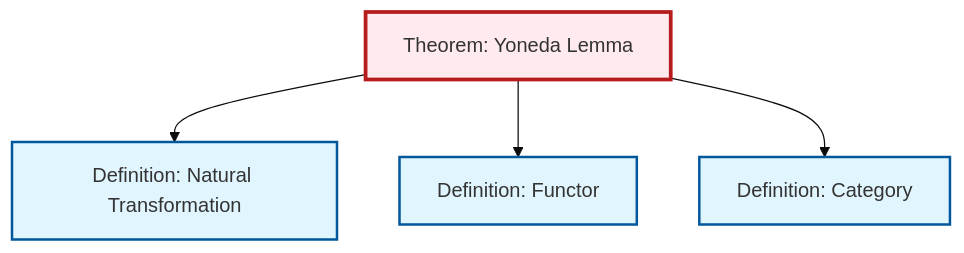
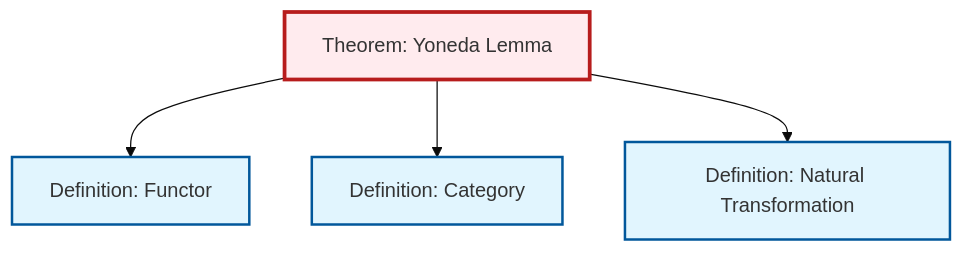
Before and after one commit to RK0429/ModernMath: the diagram in content/en/category-theory/thm-yoneda.qmd, drawn with Mermaid (base theme). The commit also changed other lines of this file and 530 other files, not shown here.

````diff
--- a/content/en/category-theory/thm-yoneda.qmd
+++ b/content/en/category-theory/thm-yoneda.qmd
@@ -88,20 +88,20 @@
 ```{mermaid}
 %%| fig-cap: "Local dependency graph"
 graph TD
     classDef definition fill:#e1f5fe,stroke:#01579b,stroke-width:2px
     classDef theorem fill:#f3e5f5,stroke:#4a148c,stroke-width:2px
     classDef axiom fill:#fff3e0,stroke:#e65100,stroke-width:2px
     classDef example fill:#e8f5e9,stroke:#1b5e20,stroke-width:2px
     classDef current fill:#ffebee,stroke:#b71c1c,stroke-width:3px
+    thm-yoneda["Theorem: Yoneda Lemma"]:::theorem
+    def-natural-transformation["Definition: Natural Transformation"]:::definition
+    def-category["Definition: Category"]:::definition
     def-functor["Definition: Functor"]:::definition
-    def-category["Definition: Category"]:::definition
-    def-natural-transformation["Definition: Natural Transformation"]:::definition
-    thm-yoneda["Theorem: Yoneda Lemma"]:::theorem
-    thm-yoneda --> def-natural-transformation
     thm-yoneda --> def-functor
     thm-yoneda --> def-category
+    thm-yoneda --> def-natural-transformation
     class thm-yoneda current
+    click def-natural-transformation "def-natural-transformation.html" "Go to Natural Transformation definition"
+    click def-category "def-category.html" "Go to Category definition"
     click def-functor "def-functor.html" "Go to Functor definition"
-    click def-category "def-category.html" "Go to Category definition"
-    click def-natural-transformation "def-natural-transformation.html" "Go to Natural Transformation definition"
 ```
````
